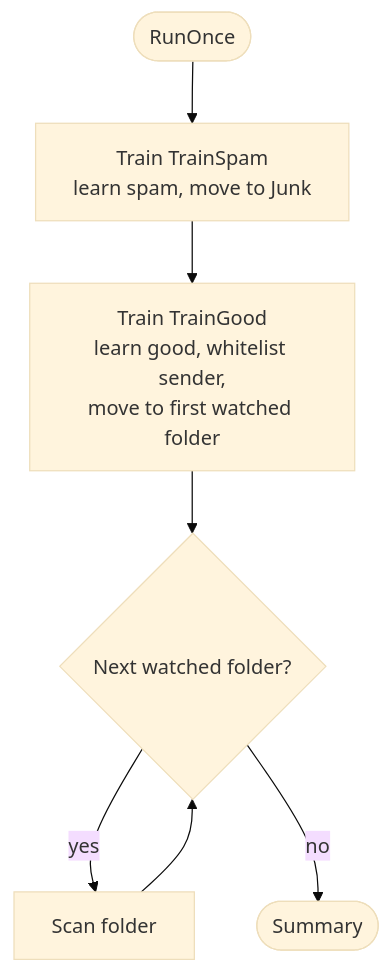
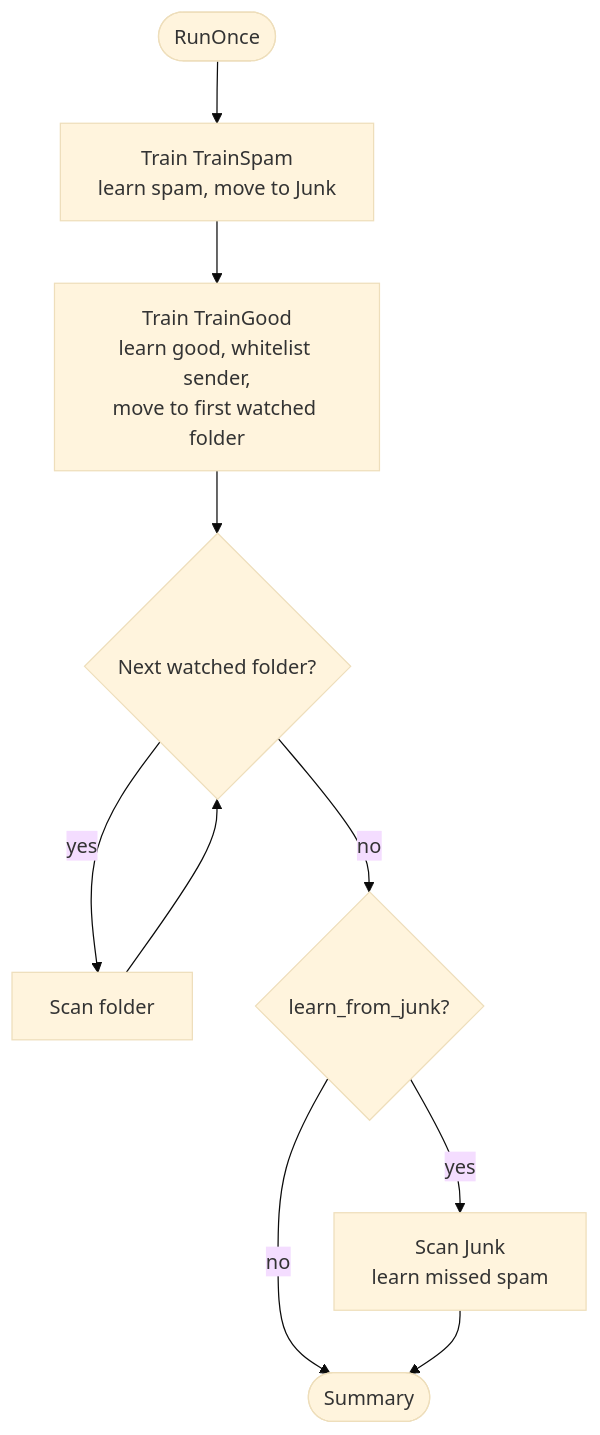
Before and after one commit to hugoh/tamis: the second of 8 diagrams in docs/engine.md, drawn with Mermaid (base theme). The commit also changed other lines of this file and 7 other files, not shown here.

Commit message:
feat: learn missed spam from moves to Junk

````diff
--- a/docs/engine.md
+++ b/docs/engine.md
@@ -40,9 +40,12 @@
 ```mermaid
 flowchart TD
     start([RunOnce]) --> trainSpam[Train TrainSpam<br/>learn spam, move to Junk]
     trainSpam --> trainGood[Train TrainGood<br/>learn good, whitelist sender,<br/>move to first watched folder]
     trainGood --> watch{Next watched folder?}
     watch -- yes --> scan[Scan folder]
     scan --> watch
-    watch -- no --> done([Summary])
+    watch -- no --> learn{learn_from_junk?}
+    learn -- yes --> junk[Scan Junk<br/>learn missed spam]
+    learn -- no --> done([Summary])
+    junk --> done
 ```
````
